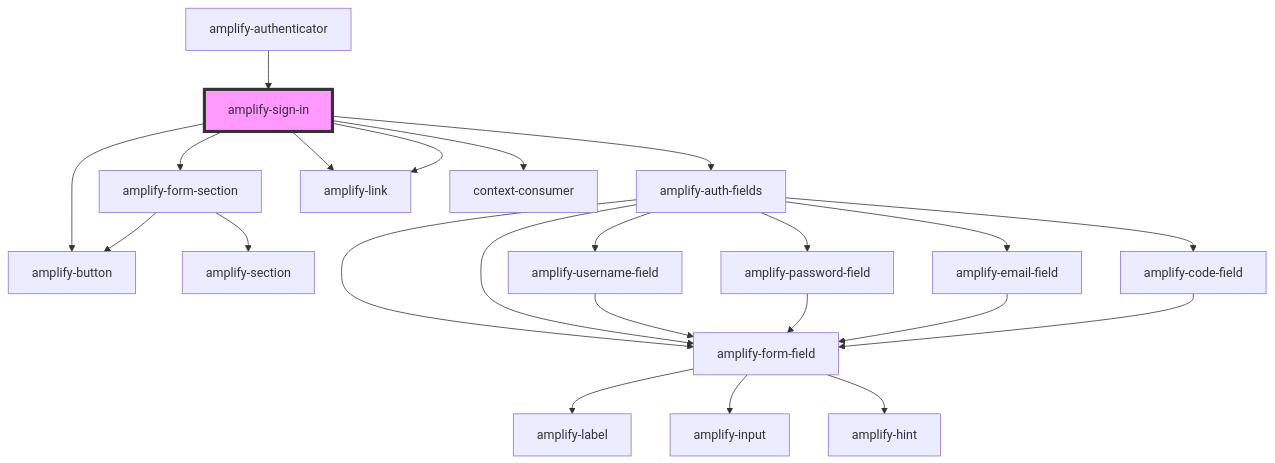
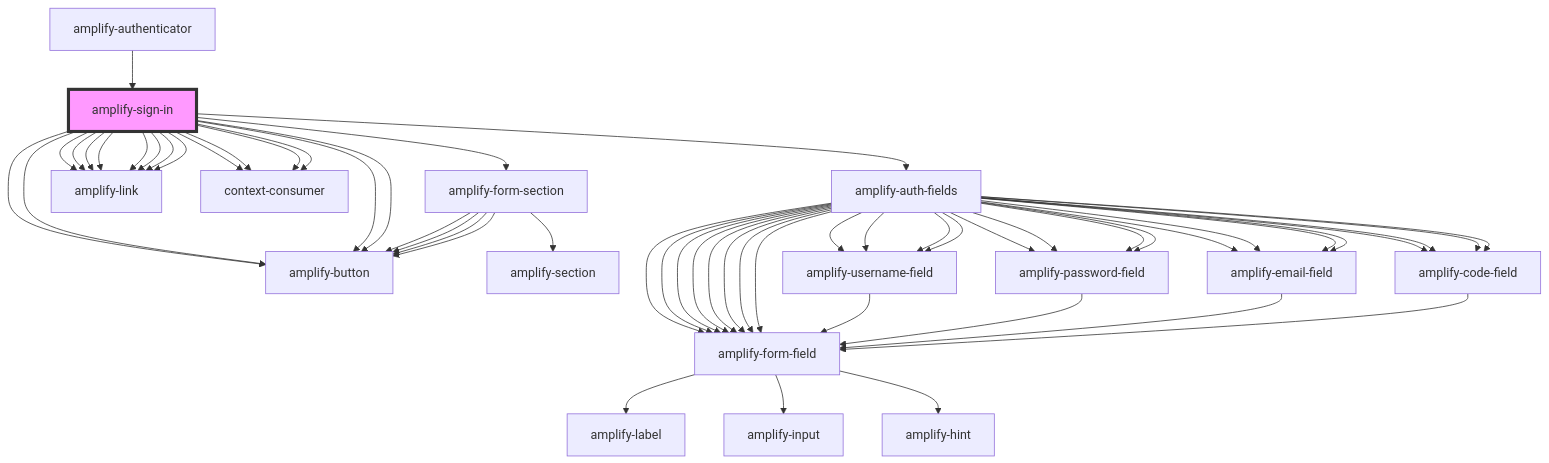
Before and after one commit to aws-amplify/amplify-js: the diagram in packages/amplify-ui-components/src/components/amplify-sign-in/readme.md, drawn with Mermaid. The commit also changed other lines of this file and 35 other files, not shown here.

Commit message:
feat: amplify-sign-in component, authState refactor

````diff
--- a/packages/amplify-ui-components/src/components/amplify-sign-in/readme.md
+++ b/packages/amplify-ui-components/src/components/amplify-sign-in/readme.md
@@ -36,26 +49,59 @@
 ```mermaid
 graph TD;
   amplify-sign-in --> amplify-form-section
   amplify-sign-in --> amplify-auth-fields
   amplify-sign-in --> amplify-link
   amplify-sign-in --> context-consumer
   amplify-sign-in --> amplify-link
   amplify-sign-in --> amplify-button
+  amplify-sign-in --> amplify-link
+  amplify-sign-in --> context-consumer
+  amplify-sign-in --> amplify-link
+  amplify-sign-in --> amplify-button
+  amplify-sign-in --> amplify-link
+  amplify-sign-in --> context-consumer
+  amplify-sign-in --> amplify-link
+  amplify-sign-in --> amplify-button
+  amplify-sign-in --> amplify-link
+  amplify-sign-in --> context-consumer
+  amplify-sign-in --> amplify-link
+  amplify-sign-in --> amplify-button
   amplify-form-section --> amplify-section
   amplify-form-section --> amplify-button
+  amplify-form-section --> amplify-button
+  amplify-form-section --> amplify-button
+  amplify-form-section --> amplify-button
+  amplify-auth-fields --> amplify-username-field
+  amplify-auth-fields --> amplify-password-field
+  amplify-auth-fields --> amplify-email-field
+  amplify-auth-fields --> amplify-code-field
+  amplify-auth-fields --> amplify-form-field
+  amplify-auth-fields --> amplify-form-field
+  amplify-auth-fields --> amplify-username-field
+  amplify-auth-fields --> amplify-password-field
+  amplify-auth-fields --> amplify-email-field
+  amplify-auth-fields --> amplify-code-field
+  amplify-auth-fields --> amplify-form-field
+  amplify-auth-fields --> amplify-form-field
+  amplify-auth-fields --> amplify-username-field
+  amplify-auth-fields --> amplify-password-field
+  amplify-auth-fields --> amplify-email-field
+  amplify-auth-fields --> amplify-code-field
+  amplify-auth-fields --> amplify-form-field
+  amplify-auth-fields --> amplify-form-field
   amplify-auth-fields --> amplify-username-field
   amplify-auth-fields --> amplify-password-field
   amplify-auth-fields --> amplify-email-field
   amplify-auth-fields --> amplify-code-field
   amplify-auth-fields --> amplify-form-field
   amplify-auth-fields --> amplify-form-field
   amplify-username-field --> amplify-form-field
   amplify-form-field --> amplify-label
   amplify-form-field --> amplify-input
   amplify-form-field --> amplify-hint
   amplify-password-field --> amplify-form-field
   amplify-email-field --> amplify-form-field
   amplify-code-field --> amplify-form-field
   amplify-authenticator --> amplify-sign-in
   style amplify-sign-in fill:#f9f,stroke:#333,stroke-width:4px
 ```
````
